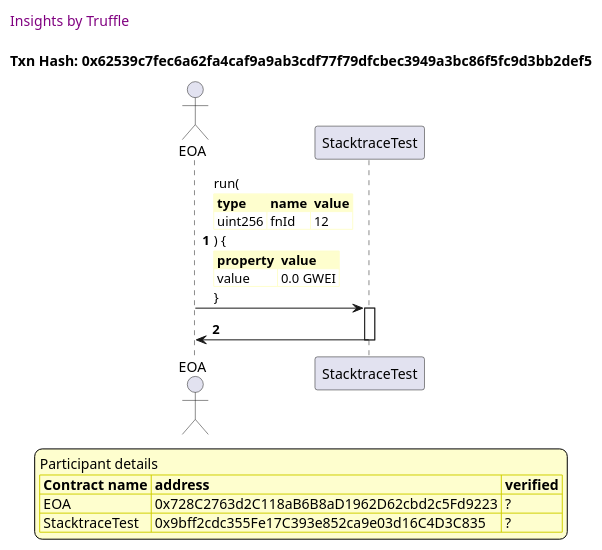
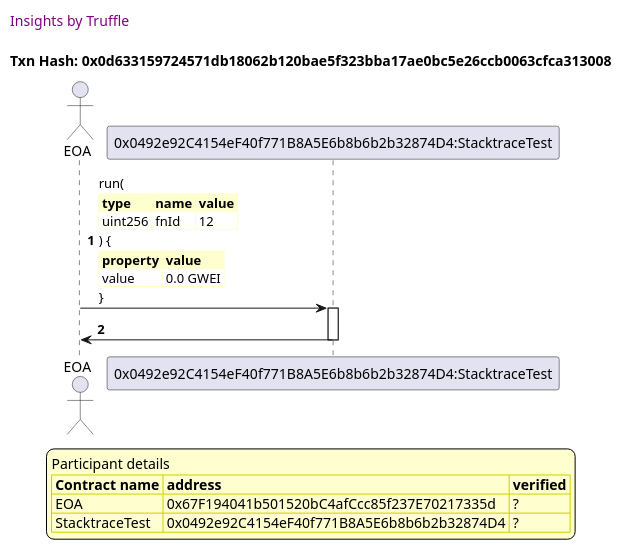
One commit to trufflesuite/txlog-seedlings changed the fourth of 11 diagrams in truffle-seq/stacktrace.test.md. Above: the diagram before and after it, drawn with PlantUML. The commit also changed other lines of this file and 3 other files, not shown here.

````diff
--- a/truffle-seq/stacktrace.test.md
+++ b/truffle-seq/stacktrace.test.md
@@ -200,48 +200,48 @@
 ```plantuml
 
 
 @startuml
 
 autonumber
 skinparam legendBackgroundColor #FEFECE
 
 <style>
       header {
         HorizontalAlignment left
         FontColor purple
         FontSize 14
         Padding 10
       }
     </style>
 
 header Insights by Truffle
 
-title Txn Hash: 0x62539c7fec6a62fa4caf9a9ab3cdf77f79dfcbec3949a3bc86f5fc9d3bb2def5
+title Txn Hash: 0x0d633159724571db18062b120bae5f323bba17ae0bc5e26ccb0063cfca313008
 
 
 actor EOA as "EOA"
 
-participant StacktraceTest as "StacktraceTest"
+participant StacktraceTest as "0x0492e92C4154eF40f771B8A5E6b8b6b2b32874D4:StacktraceTest"
 
 "EOA" -> "StacktraceTest" ++: run(\n\
 <#FEFECE,#FEFECE>|= type |= name |= value |\n\
 | uint256 | fnId | 12 |\n\
 ) {\n\
 <#FEFECE,#FEFECE>|= property |= value|\n\
 | value | 0.0 GWEI |\n\
 }
 
 "StacktraceTest" -> "EOA" --: 
 
 
 
 legend
 Participant details
 <#FEFECE,#D0D000>|= Contract name |= address |= verified |
-<#FEFECE>| EOA | 0x728C2763d2C118aB6B8aD1962D62cbd2c5Fd9223 | ? |
-<#FEFECE>| StacktraceTest | 0x9bff2cdc355Fe17C393e852ca9e03d16C4D3C835 | ? |
+<#FEFECE>| EOA | 0x67F194041b501520bC4afCcc85f237E70217335d | ? |
+<#FEFECE>| StacktraceTest | 0x0492e92C4154eF40f771B8A5E6b8b6b2b32874D4 | ? |
 endlegend
 
 
 @enduml
 ```
````
